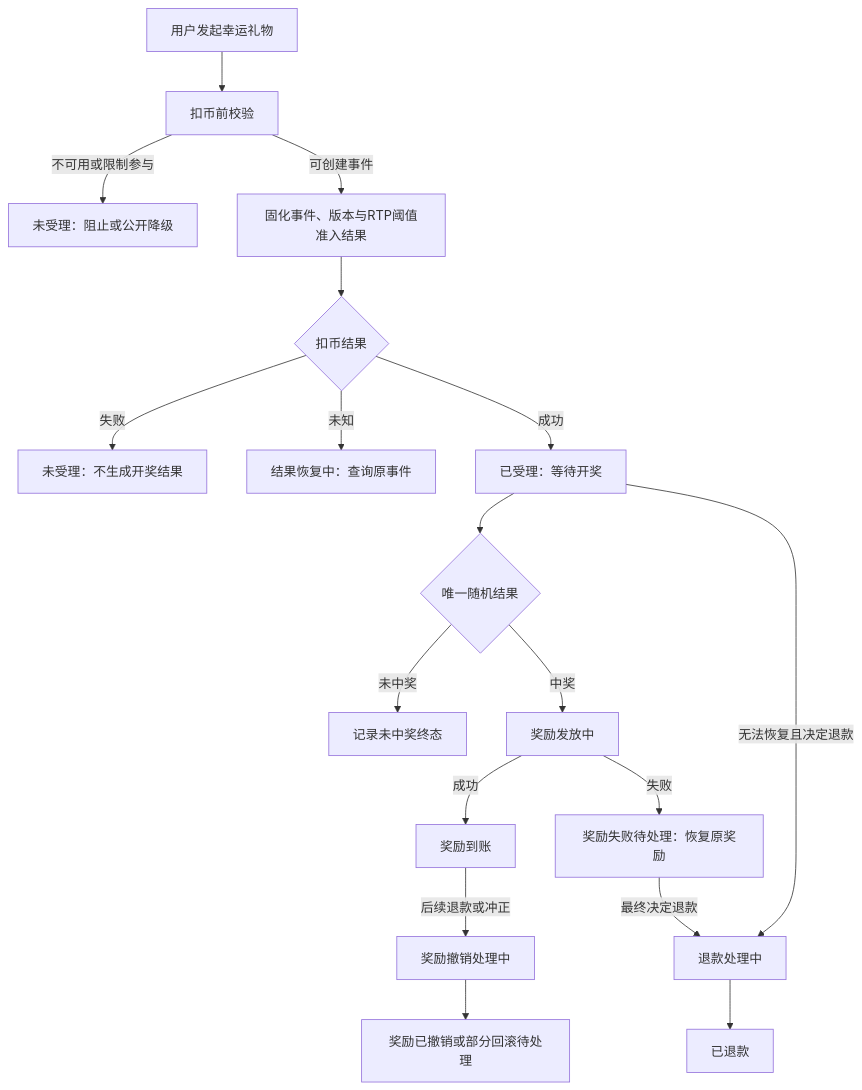
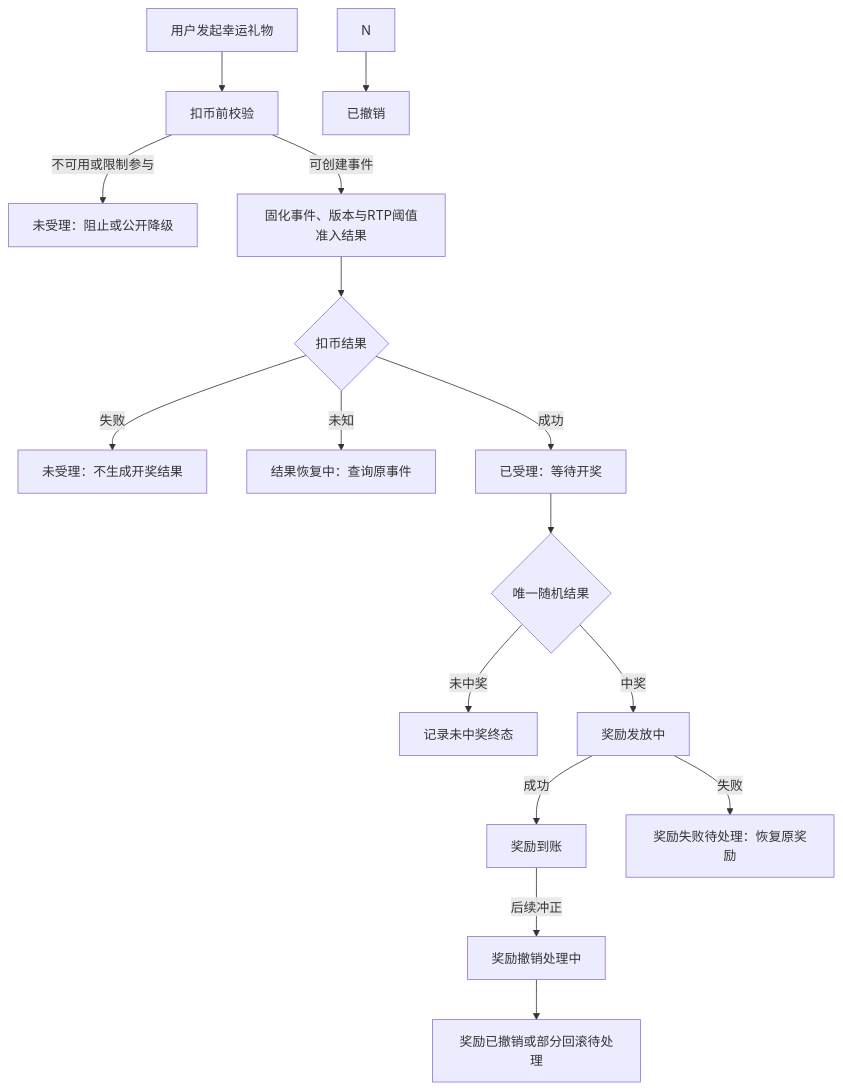
The first of 7 diagrams in 幸运礼物1.0_核心逻辑需求文档.md (kocekid/LuckGift1.0), drawn with Mermaid before and after one commit. The commit also changed other lines of this file, not shown here.

````diff
--- a/幸运礼物1.0_核心逻辑需求文档.md
+++ b/幸运礼物1.0_核心逻辑需求文档.md
@@ -98,20 +97,18 @@
 ```mermaid
 flowchart TD
     A[用户发起幸运礼物] --> B[扣币前校验]
     B -->|不可用或限制参与| C[未受理：阻止或公开降级]
     B -->|可创建事件| D[固化事件、版本与RTP阈值准入结果]
     D --> E{扣币结果}
     E -->|失败| F[未受理：不生成开奖结果]
     E -->|未知| G[结果恢复中：查询原事件]
     E -->|成功| H[已受理：等待开奖]
     H --> I{唯一随机结果}
     I -->|未中奖| J[记录未中奖终态]
     I -->|中奖| K[奖励发放中]
     K -->|成功| L[奖励到账]
     K -->|失败| M[奖励失败待处理：恢复原奖励]
-    H -->|无法恢复且决定退款| N[退款处理中]
-    M -->|最终决定退款| N
-    L -->|后续退款或冲正| O[奖励撤销处理中]
-    N --> P[已退款]
+    L -->|后续冲正| O[奖励撤销处理中]
+    N --> P[已撤销]
     O --> Q[奖励已撤销或部分回滚待处理]
 ```
````
